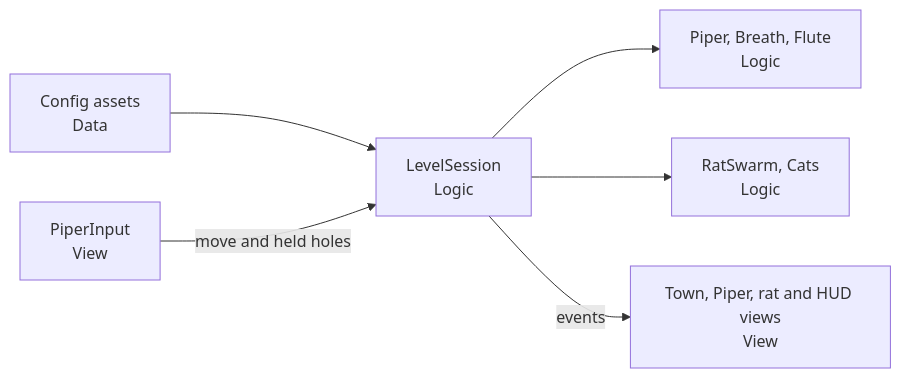
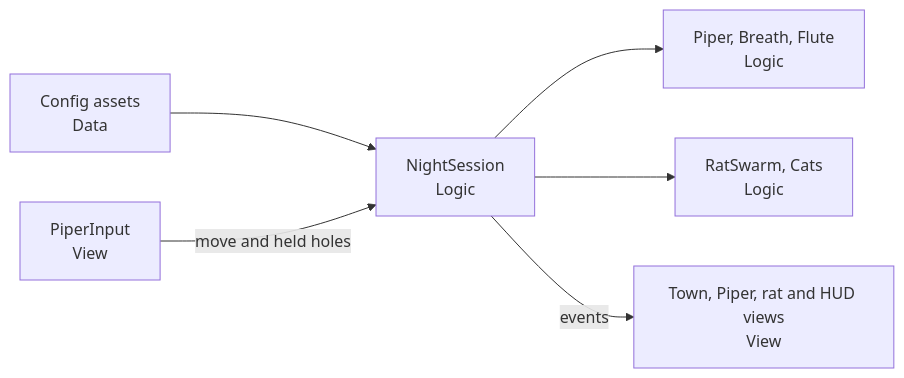
Before and after one commit to EldadStyleZ/DigitalStory---Team6: the diagram in FEATURES.md, drawn with Mermaid. The commit also changed other lines of this file, not shown here.

First line of the commit message:
docs: make The Piper one night with no levels

````diff
--- a/FEATURES.md
+++ b/FEATURES.md
@@ -42,8 +42,8 @@
 ```mermaid
 flowchart LR
-    Config["Config assets<br/>Data"] --> Session["LevelSession<br/>Logic"]
+    Config["Config assets<br/>Data"] --> Session["NightSession<br/>Logic"]
     Input["PiperInput<br/>View"] -->|"move and held holes"| Session
     Session --> Piper["Piper, Breath, Flute<br/>Logic"]
     Session --> Swarm["RatSwarm, Cats<br/>Logic"]
     Session -->|"events"| Views["Town, Piper, rat and HUD views<br/>View"]
 ```
````
